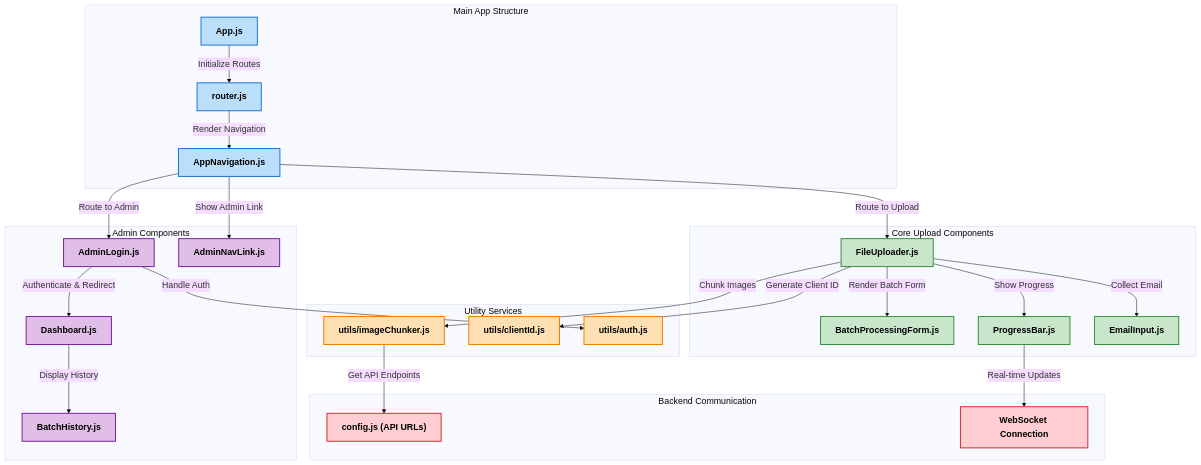
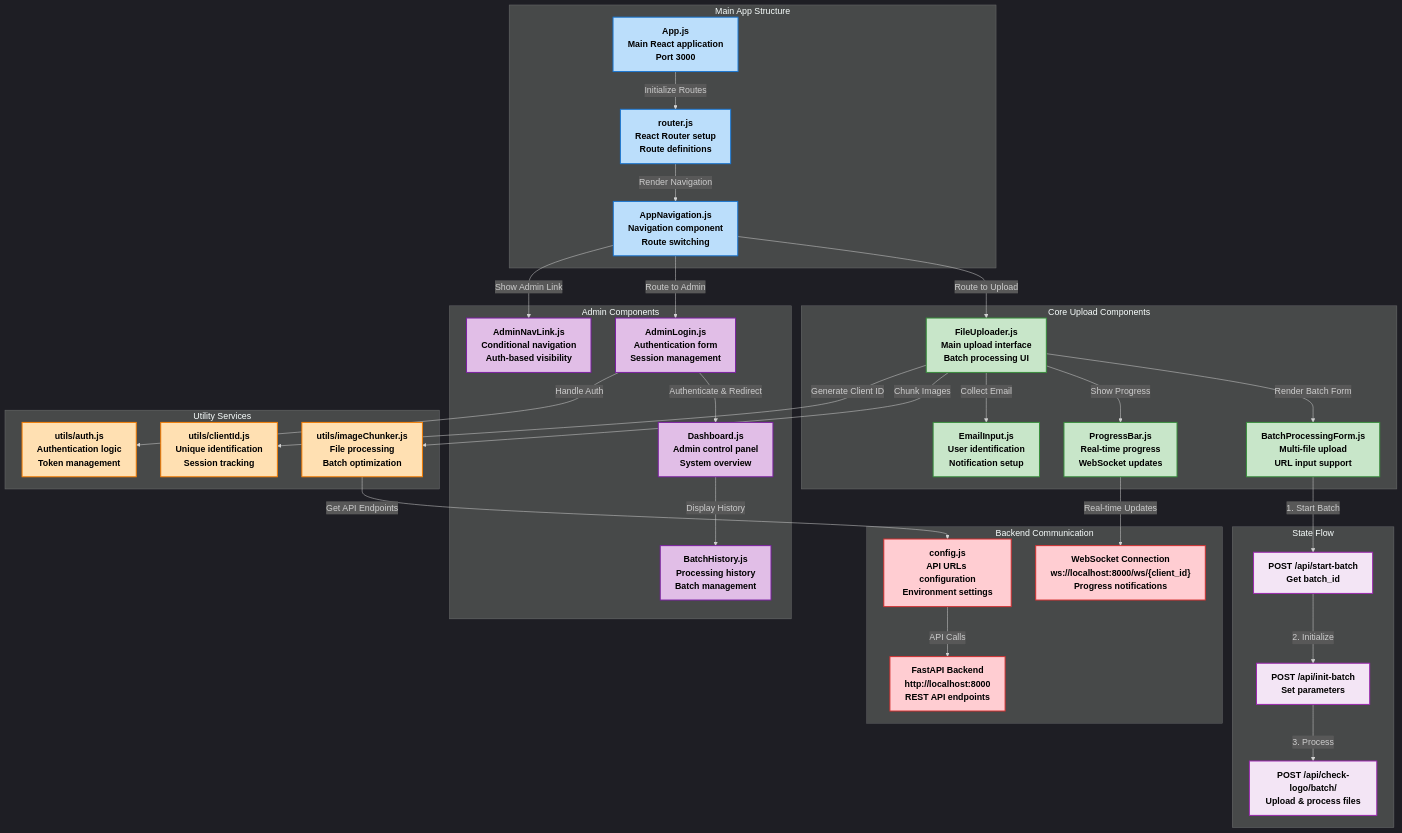
Before and after one commit to Dhruv0306/SymphonyProject1: the diagram in docs/images/State Management.mmd, drawn with Mermaid. The commit also changed 36 other files, not shown here.

First line of the commit message:
docs: enhance architecture and feature documentation

```diff
--- a/docs/images/State Management.mmd
+++ b/docs/images/State Management.mmd
@@ -1,47 +1,58 @@
-%%{init: {'theme': 'base', 'themeVariables': { 'fontFamily': 'arial', 'fontSize': '18px', 'fontWeight': 'bold'}}}%%
+%%{init: {'theme': 'dark', 'themeVariables': { 'fontFamily': 'arial', 'fontSize': '18px', 'fontWeight': 'bold'}}}%%
 graph TD
     subgraph "Main App Structure"
         style A fill:#bbdefb,stroke:#1976d2,stroke-width:2px,color:#000000,font-weight:bold
         style B fill:#bbdefb,stroke:#1976d2,stroke-width:2px,color:#000000,font-weight:bold
         style C fill:#bbdefb,stroke:#1976d2,stroke-width:2px,color:#000000,font-weight:bold
-        A["App.js"] -->|"Initialize Routes"| B["router.js"]
-        B -->|"Render Navigation"| C["AppNavigation.js"]
+        A["App.js<br/>Main React application<br/>Port 3000"] -->|"Initialize Routes"| B["router.js<br/>React Router setup<br/>Route definitions"]
+        B -->|"Render Navigation"| C["AppNavigation.js<br/>Navigation component<br/>Route switching"]
     end
 
     subgraph "Core Upload Components"
         style D1 fill:#c8e6c9,stroke:#388e3c,stroke-width:2px,color:#000000,font-weight:bold
         style D2 fill:#c8e6c9,stroke:#388e3c,stroke-width:2px,color:#000000,font-weight:bold
         style D3 fill:#c8e6c9,stroke:#388e3c,stroke-width:2px,color:#000000,font-weight:bold
         style D4 fill:#c8e6c9,stroke:#388e3c,stroke-width:2px,color:#000000,font-weight:bold
-        C -->|"Route to Upload"| D1["FileUploader.js"]
-        D1 -->|"Render Batch Form"| D2["BatchProcessingForm.js"]
-        D1 -->|"Show Progress"| D3["ProgressBar.js"]
-        D1 -->|"Collect Email"| D4["EmailInput.js"]
+        C -->|"Route to Upload"| D1["FileUploader.js<br/>Main upload interface<br/>Batch processing UI"]
+        D1 -->|"Render Batch Form"| D2["BatchProcessingForm.js<br/>Multi-file upload<br/>URL input support"]
+        D1 -->|"Show Progress"| D3["ProgressBar.js<br/>Real-time progress<br/>WebSocket updates"]
+        D1 -->|"Collect Email"| D4["EmailInput.js<br/>User identification<br/>Notification setup"]
     end
 
     subgraph "Admin Components"
         style E1 fill:#e1bee7,stroke:#7b1fa2,stroke-width:2px,color:#000000,font-weight:bold
         style E2 fill:#e1bee7,stroke:#7b1fa2,stroke-width:2px,color:#000000,font-weight:bold
         style E3 fill:#e1bee7,stroke:#7b1fa2,stroke-width:2px,color:#000000,font-weight:bold
         style E4 fill:#e1bee7,stroke:#7b1fa2,stroke-width:2px,color:#000000,font-weight:bold
-        C -->|"Route to Admin"| E1["AdminLogin.js"]
-        E1 -->|"Authenticate & Redirect"| E2["Dashboard.js"]
-        E2 -->|"Display History"| E3["BatchHistory.js"]
-        C -->|"Show Admin Link"| E4["AdminNavLink.js"]
+        C -->|"Route to Admin"| E1["AdminLogin.js<br/>Authentication form<br/>Session management"]
+        E1 -->|"Authenticate & Redirect"| E2["Dashboard.js<br/>Admin control panel<br/>System overview"]
+        E2 -->|"Display History"| E3["BatchHistory.js<br/>Processing history<br/>Batch management"]
+        C -->|"Show Admin Link"| E4["AdminNavLink.js<br/>Conditional navigation<br/>Auth-based visibility"]
     end
 
     subgraph "Utility Services"
         style F1 fill:#ffe0b2,stroke:#f57c00,stroke-width:2px,color:#000000,font-weight:bold
         style F2 fill:#ffe0b2,stroke:#f57c00,stroke-width:2px,color:#000000,font-weight:bold
         style F3 fill:#ffe0b2,stroke:#f57c00,stroke-width:2px,color:#000000,font-weight:bold
-        D1 -->|"Chunk Images"| F1["utils/imageChunker.js"]
-        D1 -->|"Generate Client ID"| F2["utils/clientId.js"]
-        E1 -->|"Handle Auth"| F3["utils/auth.js"]
+        D1 -->|"Chunk Images"| F1["utils/imageChunker.js<br/>File processing<br/>Batch optimization"]
+        D1 -->|"Generate Client ID"| F2["utils/clientId.js<br/>Unique identification<br/>Session tracking"]
+        E1 -->|"Handle Auth"| F3["utils/auth.js<br/>Authentication logic<br/>Token management"]
     end
 
     subgraph "Backend Communication"
         style G1 fill:#ffcdd2,stroke:#d32f2f,stroke-width:2px,color:#000000,font-weight:bold
         style G2 fill:#ffcdd2,stroke:#d32f2f,stroke-width:2px,color:#000000,font-weight:bold
-        F1 -->|"Get API Endpoints"| G1["config.js (API URLs)"]
-        D3 -->|"Real-time Updates"| G2["WebSocket Connection"]
+        style G3 fill:#ffcdd2,stroke:#d32f2f,stroke-width:2px,color:#000000,font-weight:bold
+        F1 -->|"Get API Endpoints"| G1["config.js<br/>API URLs configuration<br/>Environment settings"]
+        D3 -->|"Real-time Updates"| G2["WebSocket Connection<br/>ws://localhost:8000/ws/{client_id}<br/>Progress notifications"]
+        G1 -->|"API Calls"| G3["FastAPI Backend<br/>http://localhost:8000<br/>REST API endpoints"]
     end
+
+    subgraph "State Flow"
+        style H1 fill:#f3e5f5,stroke:#9c27b0,stroke-width:2px,color:#000000,font-weight:bold
+        style H2 fill:#f3e5f5,stroke:#9c27b0,stroke-width:2px,color:#000000,font-weight:bold
+        style H3 fill:#f3e5f5,stroke:#9c27b0,stroke-width:2px,color:#000000,font-weight:bold
+        D2 -->|"1. Start Batch"| H1["POST /api/start-batch<br/>Get batch_id"]
+        H1 -->|"2. Initialize"| H2["POST /api/init-batch<br/>Set parameters"]
+        H2 -->|"3. Process"| H3["POST /api/check-logo/batch/<br/>Upload & process files"]
+    end
```
